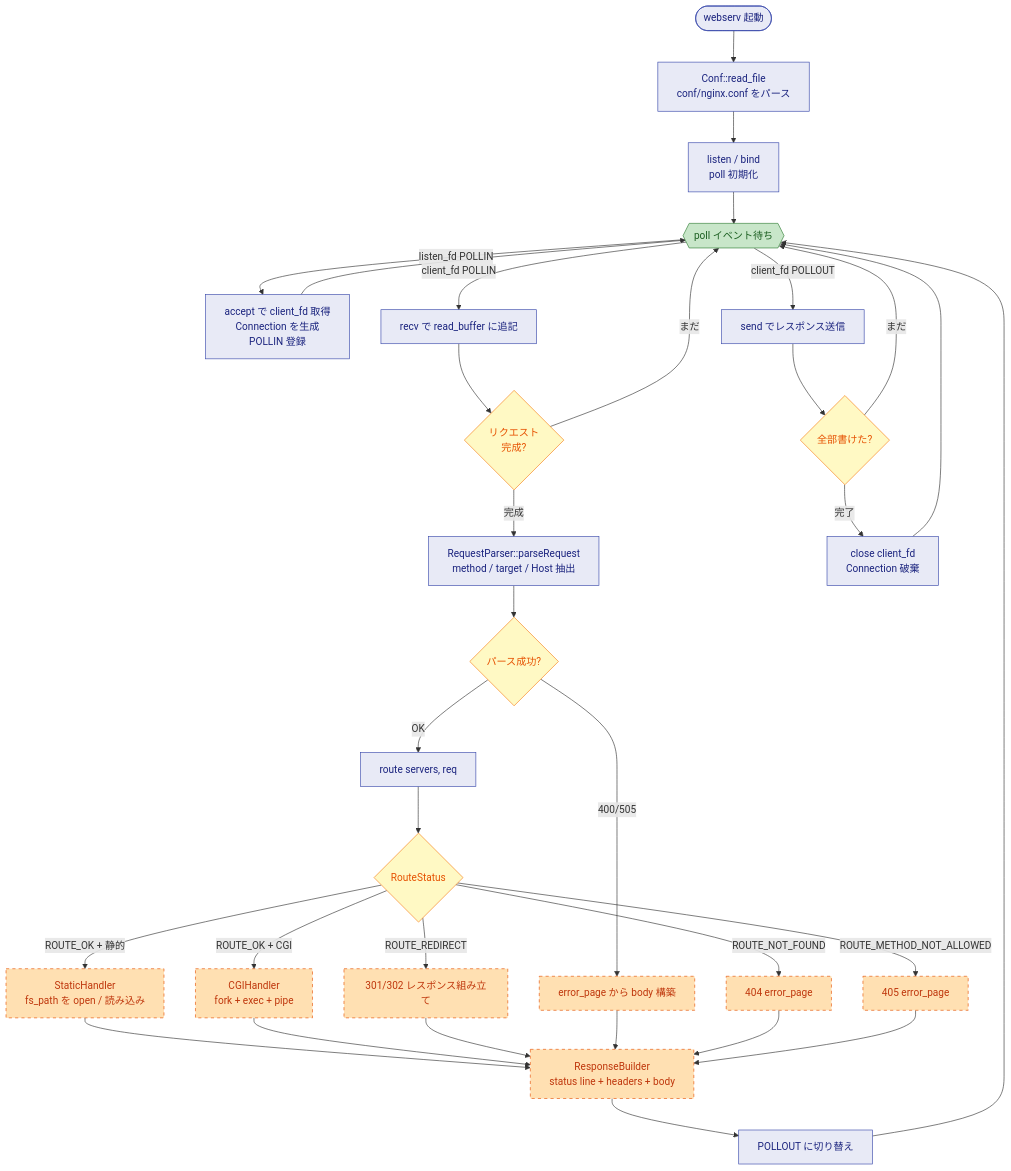
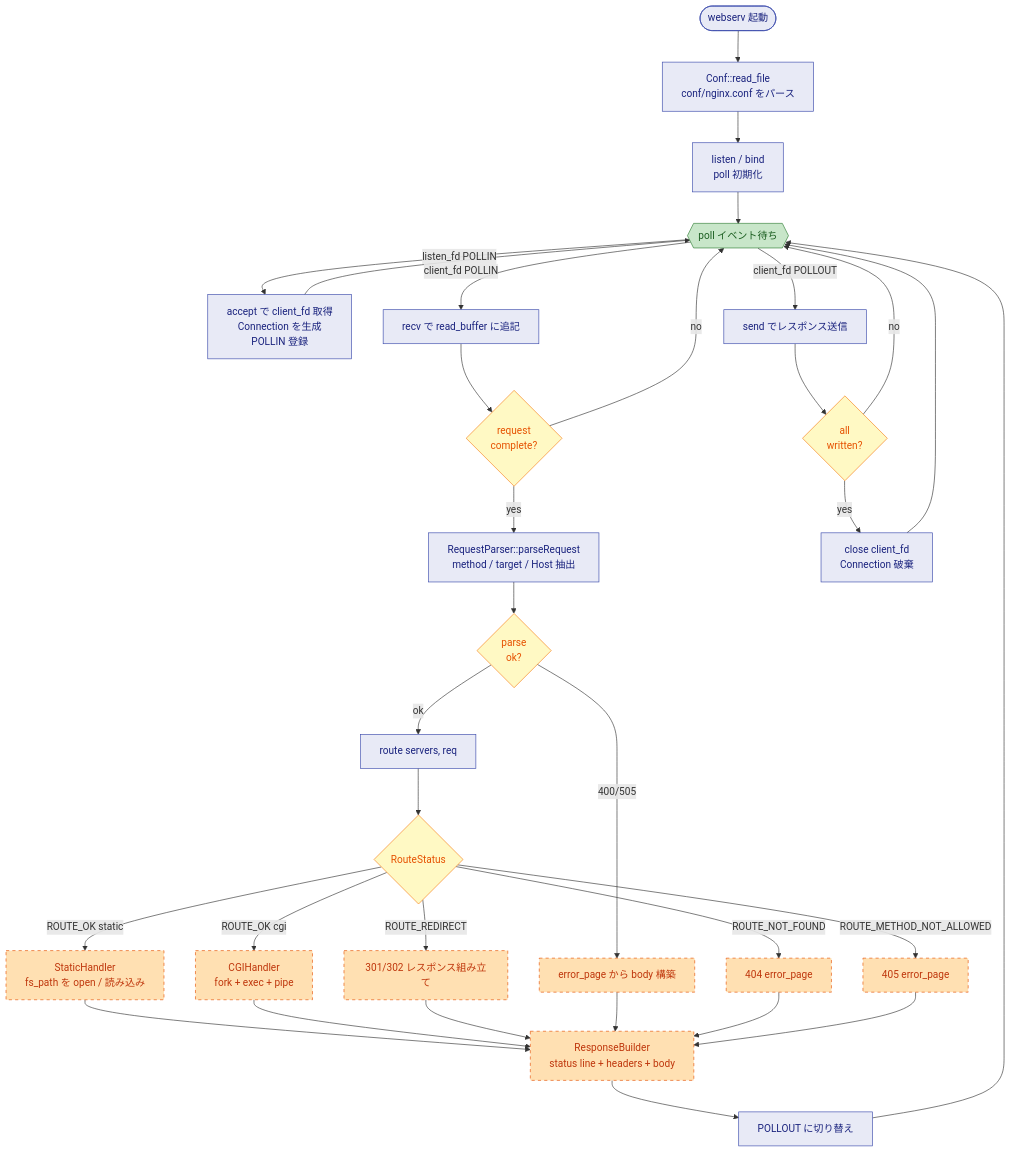
Before and after one commit to Hen00af/irc-platform: the first of 2 diagrams in docs/design.md, drawn with Mermaid. The commit also changed other lines of this file, not shown here.

````diff
--- a/docs/design.md
+++ b/docs/design.md
@@ -18,50 +18,50 @@
 ```mermaid
 flowchart TD
     Start([webserv 起動]) --> ParseConf[Conf::read_file<br/>conf/nginx.conf をパース]
     ParseConf --> Bind[listen / bind<br/>poll 初期化]
     Bind --> Loop{{poll イベント待ち}}
 
     Loop -->|listen_fd POLLIN| Accept[accept で client_fd 取得<br/>Connection を生成<br/>POLLIN 登録]
     Accept --> Loop
 
     Loop -->|client_fd POLLIN| Read[recv で read_buffer に追記]
-    Read --> Done{リクエスト<br/>完成?}
-    Done -->|まだ| Loop
+    Read --> Done{request<br/>complete?}
+    Done -->|no| Loop
 
-    Done -->|完成| Parse[RequestParser::parseRequest<br/>method / target / Host 抽出]
-    Parse --> ParseOK{パース成功?}
+    Done -->|yes| Parse[RequestParser::parseRequest<br/>method / target / Host 抽出]
+    Parse --> ParseOK{parse<br/>ok?}
     ParseOK -->|400/505| MakeErr1[error_page から body 構築]
-    ParseOK -->|OK| Route[route servers, req]
+    ParseOK -->|ok| Route[route servers, req]
 
     Route --> Branch{RouteStatus}
 
-    Branch -->|ROUTE_OK + 静的| Static[StaticHandler<br/>fs_path を open / 読み込み]
-    Branch -->|ROUTE_OK + CGI| Cgi[CGIHandler<br/>fork + exec + pipe]
+    Branch -->|ROUTE_OK static| Static[StaticHandler<br/>fs_path を open / 読み込み]
+    Branch -->|ROUTE_OK cgi| Cgi[CGIHandler<br/>fork + exec + pipe]
     Branch -->|ROUTE_REDIRECT| Redir[301/302 レスポンス組み立て]
     Branch -->|ROUTE_NOT_FOUND| MakeErr2[404 error_page]
     Branch -->|ROUTE_METHOD_NOT_ALLOWED| MakeErr3[405 error_page]
 
     Static --> Build[ResponseBuilder<br/>status line + headers + body]
     Cgi --> Build
     Redir --> Build
     MakeErr1 --> Build
     MakeErr2 --> Build
     MakeErr3 --> Build
 
     Build --> SwitchWrite[POLLOUT に切り替え]
     SwitchWrite --> Loop
 
     Loop -->|client_fd POLLOUT| Write[send でレスポンス送信]
-    Write --> WriteDone{全部書けた?}
-    WriteDone -->|まだ| Loop
-    WriteDone -->|完了| Close[close client_fd<br/>Connection 破棄]
+    Write --> WriteDone{all<br/>written?}
+    WriteDone -->|no| Loop
+    WriteDone -->|yes| Close[close client_fd<br/>Connection 破棄]
     Close --> Loop
 
     classDef default fill:#e8eaf6,stroke:#3949ab,color:#1a237e
     classDef decision fill:#fff9c4,stroke:#f57f17,color:#e65100
     classDef planned fill:#ffe0b2,stroke:#e65100,color:#bf360c,stroke-dasharray: 5 5
     classDef loop fill:#c8e6c9,stroke:#2e7d32,color:#1b5e20
     class Cgi,Redir,MakeErr1,MakeErr2,MakeErr3,Build,Static planned
     class Done,ParseOK,Branch,WriteDone decision
     class Loop loop
 ```
````
